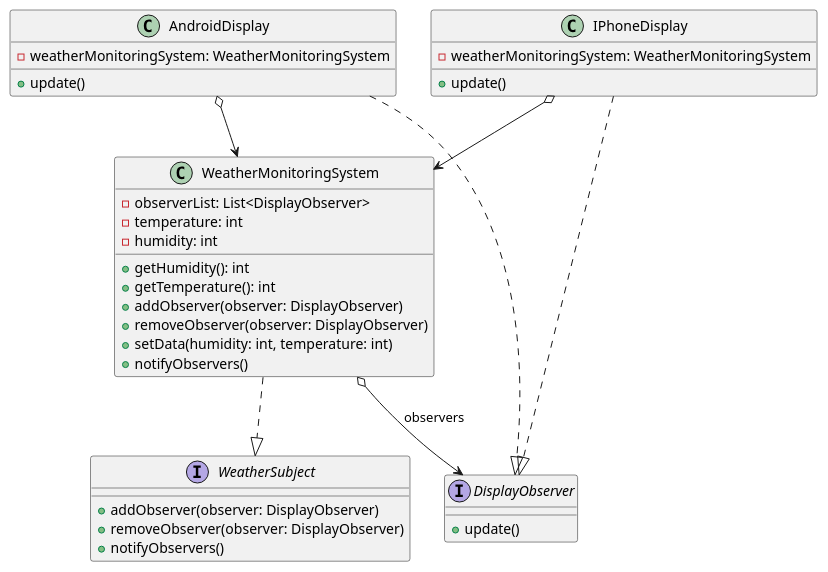
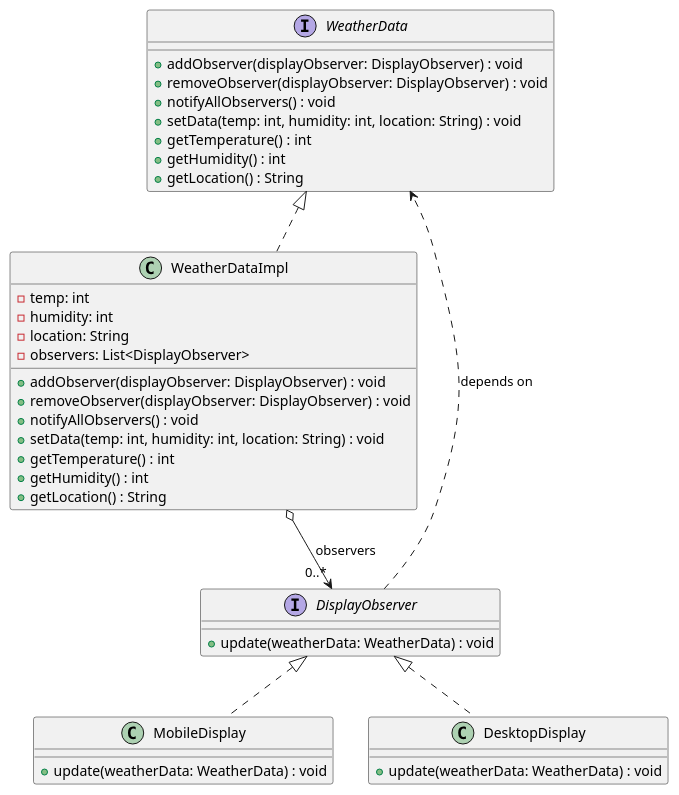
The diagram in behaviouralPattern/observerPattern/weatherMonitoringSystem/uml/uml.puml (tanishasri22/LLD), drawn with PlantUML before and after one commit. The commit also changed 3 other files, not shown here.

```diff
--- a/behaviouralPattern/observerPattern/weatherMonitoringSystem/uml/uml.puml
+++ b/behaviouralPattern/observerPattern/weatherMonitoringSystem/uml/uml.puml
@@ -1,49 +1,42 @@
-@startuml
+interface WeatherData {
+    +addObserver(displayObserver: DisplayObserver) : void
+    +removeObserver(displayObserver: DisplayObserver) : void
+    +notifyAllObservers() : void
+    +setData(temp: int, humidity: int, location: String) : void
+    +getTemperature() : int
+    +getHumidity() : int
+    +getLocation() : String
+}
 
-' Interfaces
-interface WeatherSubject {
-    +addObserver(observer: DisplayObserver)
-    +removeObserver(observer: DisplayObserver)
-    +notifyObservers()
+class WeatherDataImpl {
+    -temp: int
+    -humidity: int
+    -location: String
+    -observers: List<DisplayObserver>
+    +addObserver(displayObserver: DisplayObserver) : void
+    +removeObserver(displayObserver: DisplayObserver) : void
+    +notifyAllObservers() : void
+    +setData(temp: int, humidity: int, location: String) : void
+    +getTemperature() : int
+    +getHumidity() : int
+    +getLocation() : String
 }
 
 interface DisplayObserver {
-    +update()
+    +update(weatherData: WeatherData) : void
 }
 
-' Concrete Subject class
-class WeatherMonitoringSystem {
-    -observerList: List<DisplayObserver>
-    -temperature: int
-    -humidity: int
-    +getHumidity(): int
-    +getTemperature(): int
-    +addObserver(observer: DisplayObserver)
-    +removeObserver(observer: DisplayObserver)
-    +setData(humidity: int, temperature: int)
-    +notifyObservers()
+class MobileDisplay {
+    +update(weatherData: WeatherData) : void
 }
 
-' Concrete Observer classes
-class IPhoneDisplay {
-    -weatherMonitoringSystem: WeatherMonitoringSystem
-    +update()
+class DesktopDisplay {
+    +update(weatherData: WeatherData) : void
 }
 
-class AndroidDisplay {
-    -weatherMonitoringSystem: WeatherMonitoringSystem
-    +update()
-}
 
-' Inheritance relationships
-WeatherMonitoringSystem ..|> WeatherSubject
-IPhoneDisplay ..|> DisplayObserver
-AndroidDisplay ..|> DisplayObserver
-
-' Associations
-WeatherMonitoringSystem o--> DisplayObserver : observers
-IPhoneDisplay o--> WeatherMonitoringSystem
-AndroidDisplay o--> WeatherMonitoringSystem
-
-
-@enduml
+WeatherData <|.. WeatherDataImpl
+DisplayObserver <|.. MobileDisplay
+DisplayObserver <|.. DesktopDisplay
+WeatherDataImpl o--> "0..*" DisplayObserver : observers
+DisplayObserver ..> WeatherData : depends on
```
